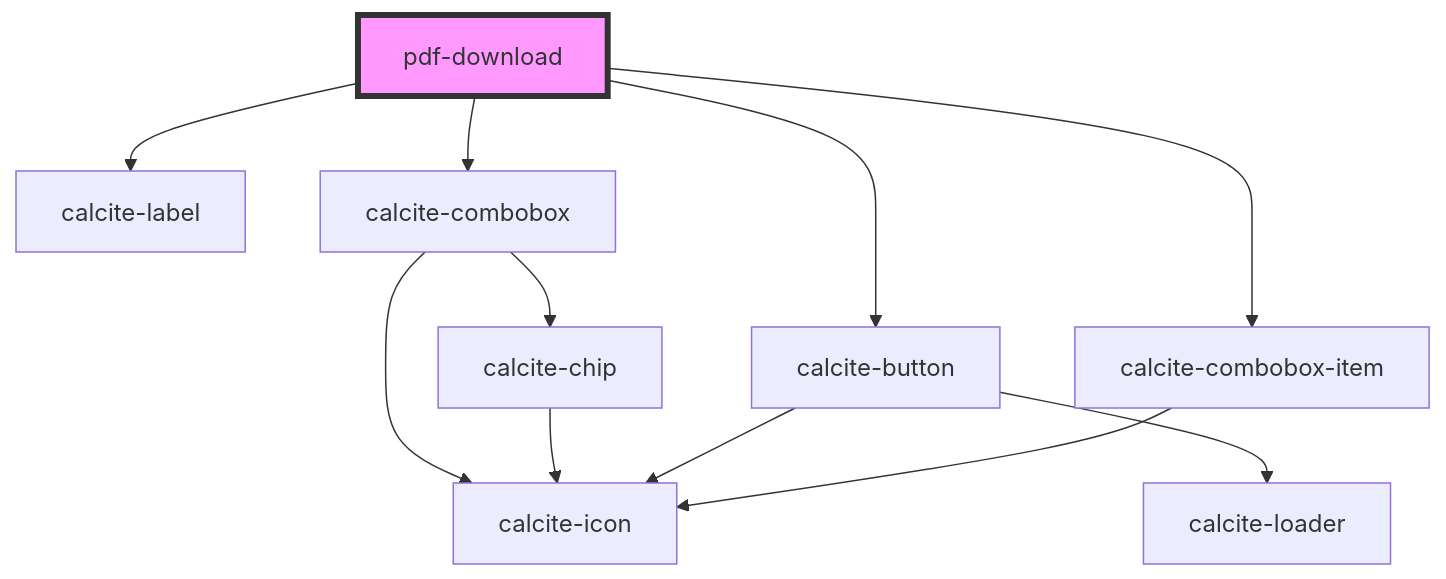
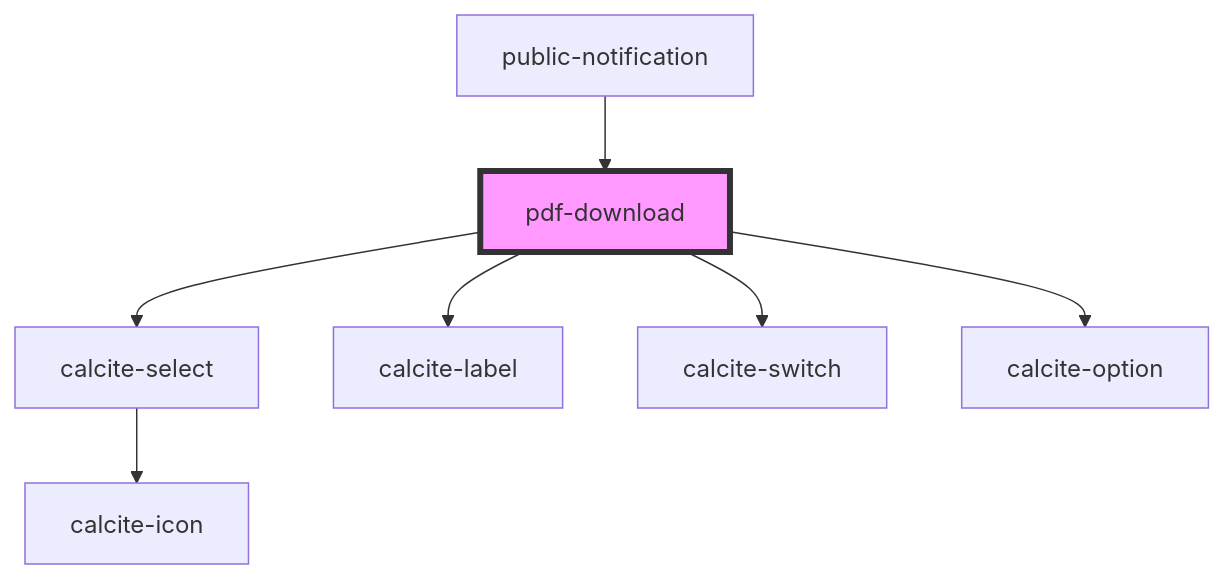
One commit to Esri/solutions-components changed the diagram in src/components/pdf-download/readme.md. Above: the diagram before and after it, drawn with Mermaid. The commit also changed other lines of this file and 7 other files, not shown here.

Commit message:
fix issue with SELECT workflow and update pdf tools

````diff
--- a/src/components/pdf-download/readme.md
+++ b/src/components/pdf-download/readme.md
@@ -25,14 +32,10 @@
 ```mermaid
 graph TD;
+  pdf-download --> calcite-select
   pdf-download --> calcite-label
-  pdf-download --> calcite-combobox
-  pdf-download --> calcite-button
-  pdf-download --> calcite-combobox-item
-  calcite-combobox --> calcite-chip
-  calcite-combobox --> calcite-icon
-  calcite-chip --> calcite-icon
-  calcite-button --> calcite-loader
-  calcite-button --> calcite-icon
-  calcite-combobox-item --> calcite-icon
+  pdf-download --> calcite-switch
+  pdf-download --> calcite-option
+  calcite-select --> calcite-icon
+  public-notification --> pdf-download
   style pdf-download fill:#f9f,stroke:#333,stroke-width:4px
 ```
````
